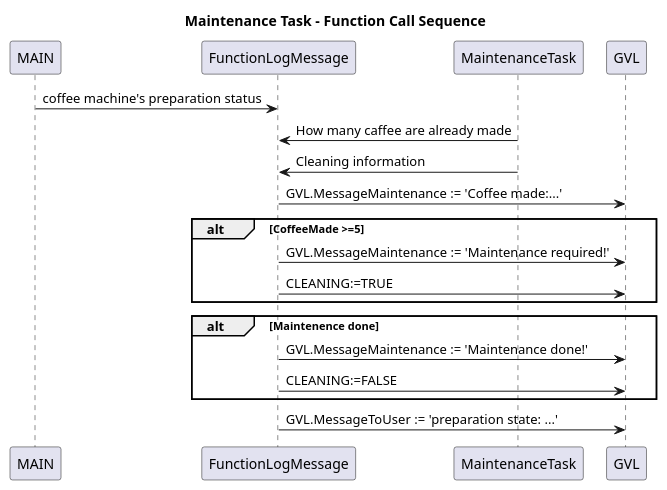
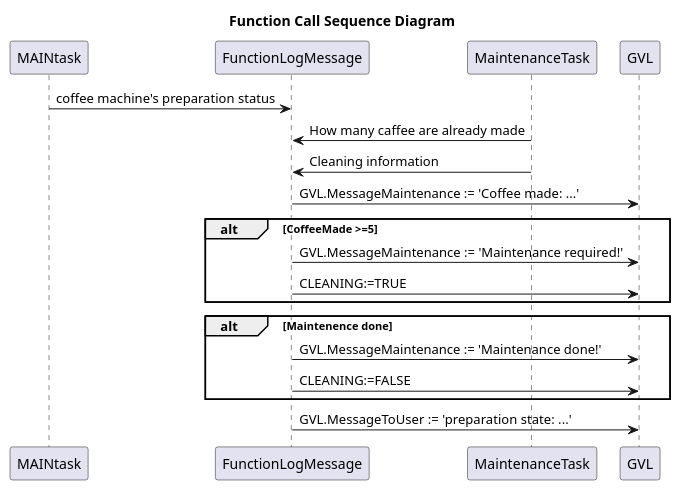
Before and after one commit to MicheleBossini/virtual-PLC: the diagram in mdbook/src/chapter_5.md, drawn with PlantUML. The commit also changed other lines of this file and 6 other files, not shown here.

Commit message:
diagram task 1

````diff
--- a/mdbook/src/chapter_5.md
+++ b/mdbook/src/chapter_5.md
@@ -8,22 +11,22 @@
 ```plantuml
 @startuml
-title Maintenance Task - Function Call Sequence
+title Function Call Sequence Diagram
 
-MAIN -> FunctionLogMessage : coffee machine's preparation status
+MAINtask-> FunctionLogMessage : coffee machine's preparation status
 MaintenanceTask -> FunctionLogMessage: How many caffee are already made
 MaintenanceTask -> FunctionLogMessage: Cleaning information
 
-FunctionLogMessage -> GVL: GVL.MessageMaintenance := 'Coffee made:...'
+FunctionLogMessage -> GVL: GVL.MessageMaintenance := 'Coffee made: ...'
 alt CoffeeMade >=5
 FunctionLogMessage -> GVL: GVL.MessageMaintenance := 'Maintenance required!'
 FunctionLogMessage -> GVL: CLEANING:=TRUE
 end
 alt Maintenence done 
 FunctionLogMessage -> GVL: GVL.MessageMaintenance := 'Maintenance done!'
 FunctionLogMessage -> GVL: CLEANING:=FALSE
 end
 FunctionLogMessage -> GVL: GVL.MessageToUser := 'preparation state: ...'
 
 
 @enduml
 ```
````
